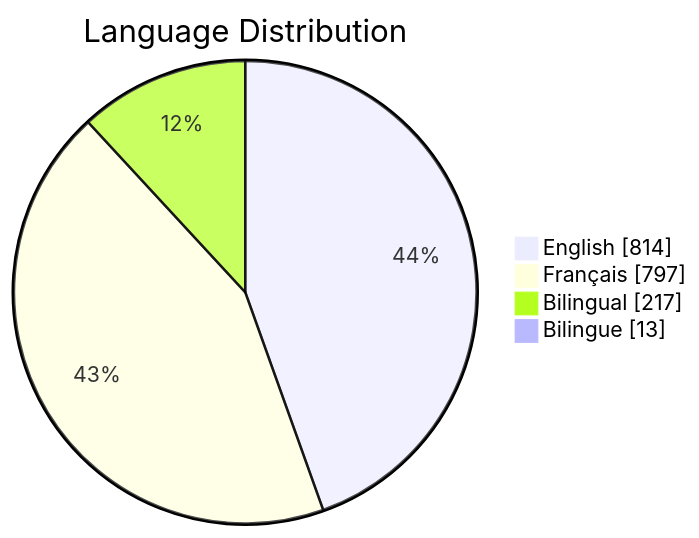
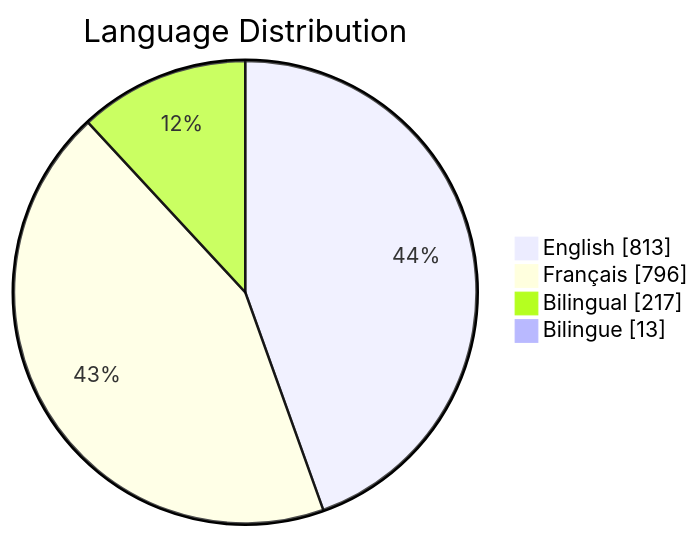
Before and after one commit to PatLittle/GC-Socials: the third of 6 diagrams in README.md, drawn with Mermaid. The commit also changed other lines of this file, not shown here.

Commit message:
Update README with Platform Distribution pie chart

````diff
--- a/README.md
+++ b/README.md
@@ -65,7 +65,7 @@
 ```mermaid
 pie showData title Language Distribution
-    "English": 814
-    "Français": 797
+    "English": 813
+    "Français": 796
     "Bilingual": 217
     "Bilingue": 13
 ```
````
